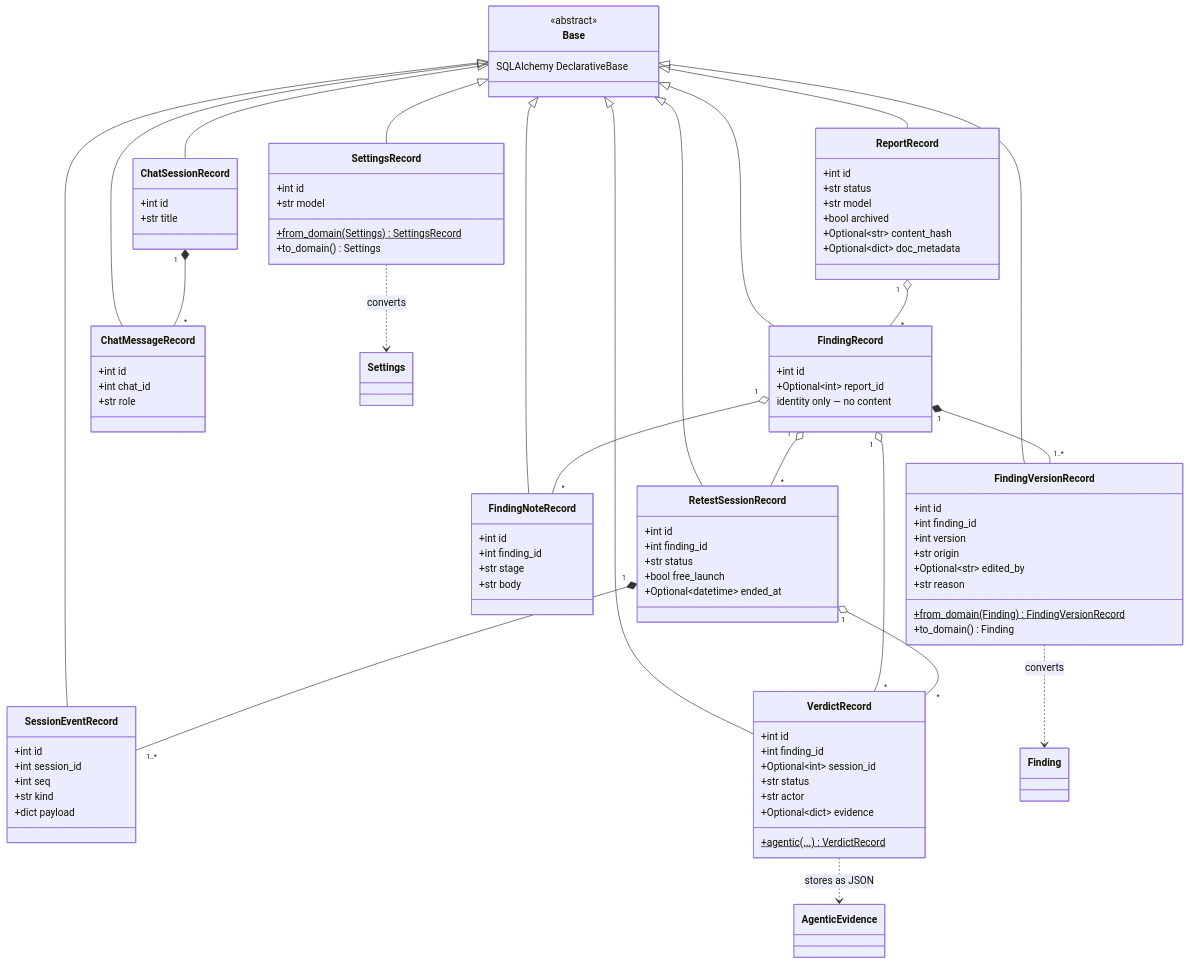
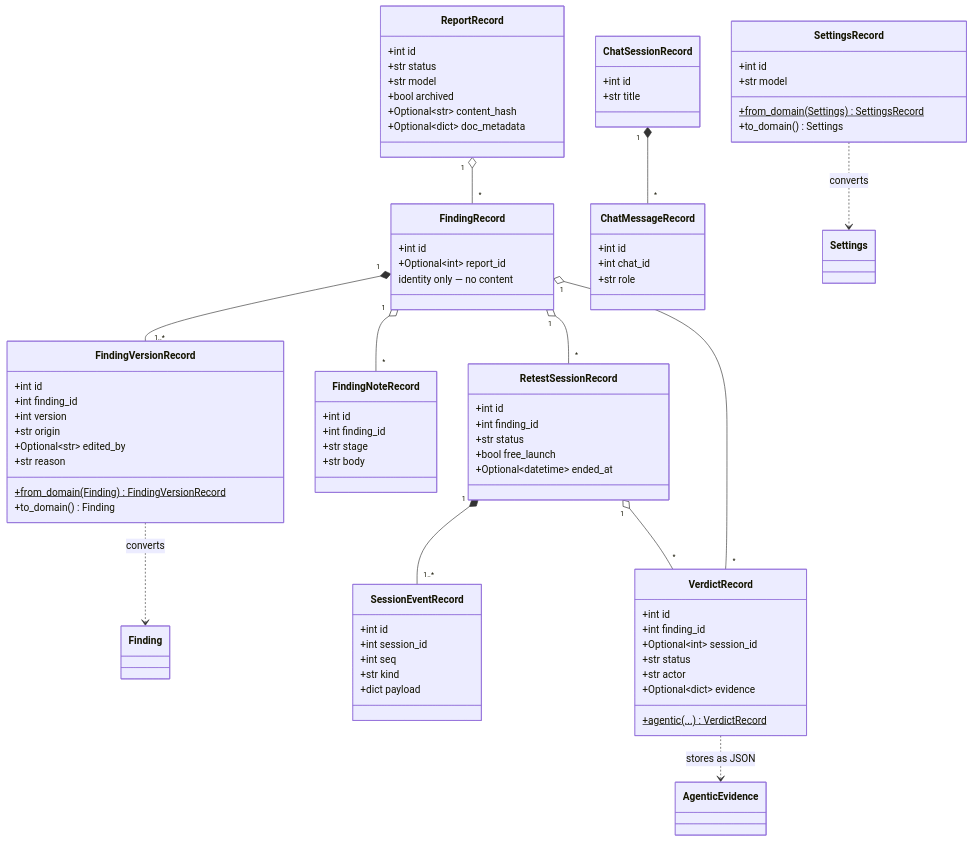
Before and after one commit to SelfishCoconut/revalid: the second of 4 diagrams in docs/architecture/class-model.md, drawn with Mermaid. The commit also changed other lines of this file and 17 other files, not shown here.

````diff
--- a/docs/architecture/class-model.md
+++ b/docs/architecture/class-model.md
@@ -110,11 +112,6 @@
 ```mermaid
 classDiagram
     direction TB
-
-    class Base {
-        <<abstract>>
-        SQLAlchemy DeclarativeBase
-    }
 
     class ReportRecord {
         +int id
@@ -193,17 +190,6 @@
         +str role
     }
 
-    Base <|-- ReportRecord
-    Base <|-- FindingRecord
-    Base <|-- FindingVersionRecord
-    Base <|-- FindingNoteRecord
-    Base <|-- RetestSessionRecord
-    Base <|-- SessionEventRecord
-    Base <|-- VerdictRecord
-    Base <|-- SettingsRecord
-    Base <|-- ChatSessionRecord
-    Base <|-- ChatMessageRecord
-
     ReportRecord "1" o-- "*" FindingRecord
     FindingRecord "1" *-- "1..*" FindingVersionRecord
     FindingRecord "1" o-- "*" FindingNoteRecord
````
